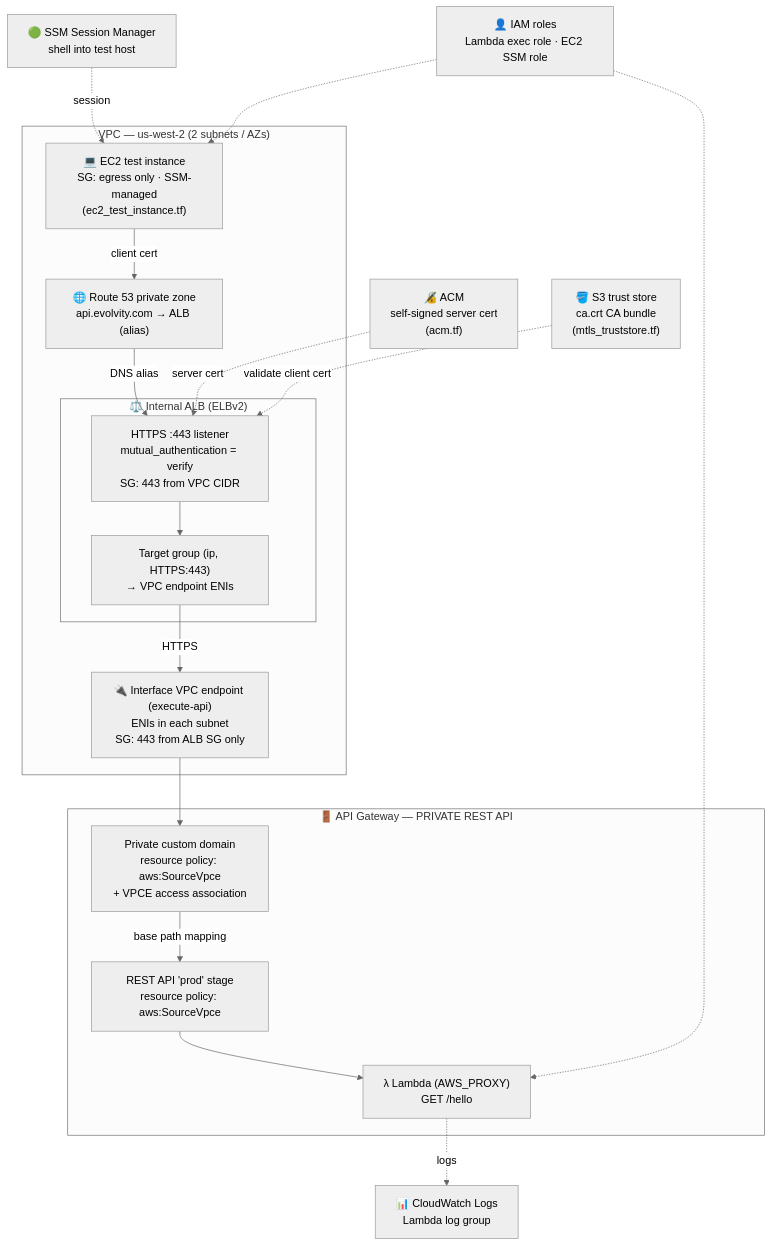
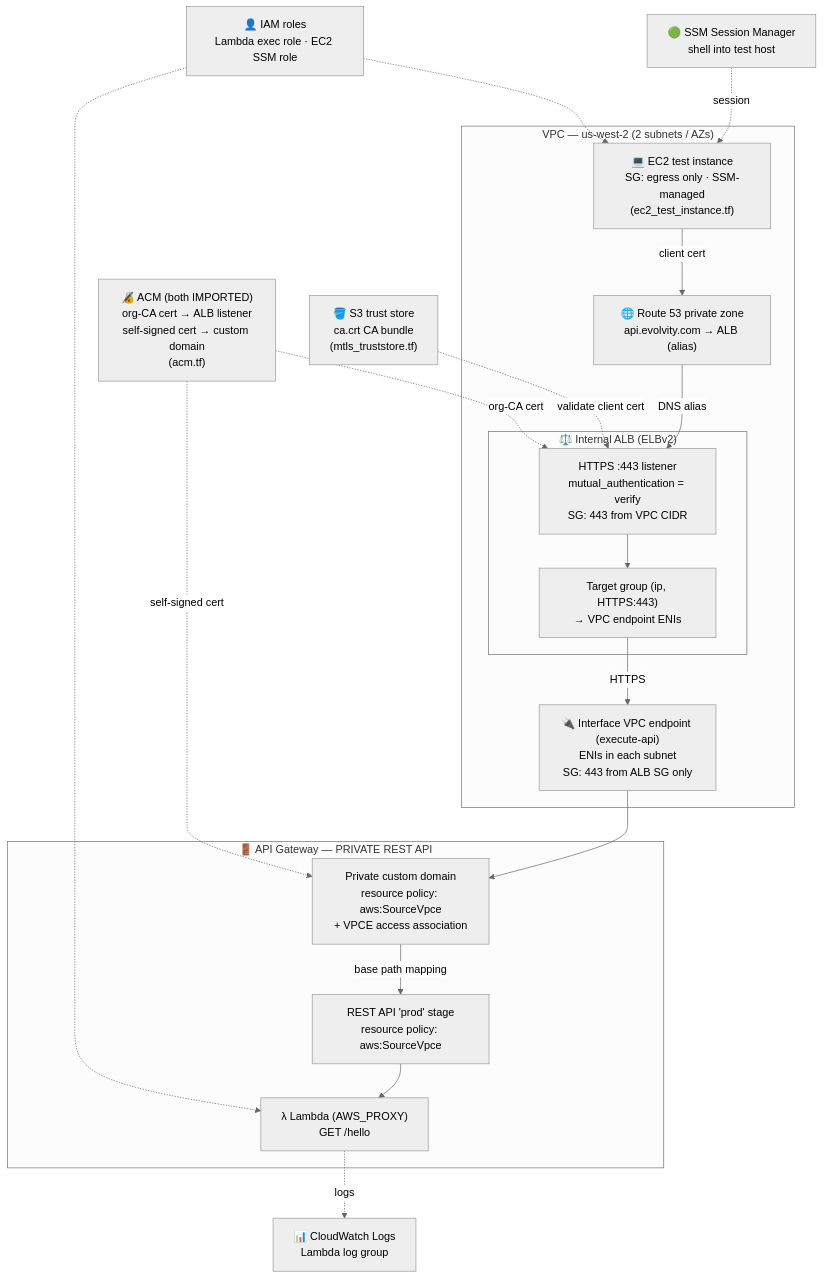
The diagram in README.md (sr0626/private-apigw), drawn with Mermaid (neutral theme) before and after one commit. The commit also changed other lines of this file and 9 other files, not shown here.

First line of the commit message:
Use imported org-PKI cert; split ALB-listener vs private-domain certs

````diff
--- a/README.md
+++ b/README.md
@@ -39,40 +45,41 @@
 ```mermaid
 flowchart TB
     %% --- Global / regional services (outside the VPC) ---
-    ACM["🔏 ACM<br/>self-signed server cert<br/>(acm.tf)"]
+    ACM["🔏 ACM (both IMPORTED)<br/>org-CA cert → ALB listener<br/>self-signed cert → custom domain<br/>(acm.tf)"]
     S3["🪣 S3 trust store<br/>ca.crt CA bundle<br/>(mtls_truststore.tf)"]
     IAM["👤 IAM roles<br/>Lambda exec role · EC2 SSM role"]
     CW["📊 CloudWatch Logs<br/>Lambda log group"]
     SSM["🟢 SSM Session Manager<br/>shell into test host"]
 
     subgraph VPC["VPC — us-west-2 (2 subnets / AZs)"]
         EC2["💻 EC2 test instance<br/>SG: egress only · SSM-managed<br/>(ec2_test_instance.tf)"]
         R53["🌐 Route 53 private zone<br/>api.evolvity.com → ALB (alias)"]
 
         subgraph ALB["⚖️ Internal ALB (ELBv2)"]
             L["HTTPS :443 listener<br/>mutual_authentication = verify<br/>SG: 443 from VPC CIDR"]
             TG["Target group (ip, HTTPS:443)<br/>→ VPC endpoint ENIs"]
         end
 
         VPCE["🔌 Interface VPC endpoint (execute-api)<br/>ENIs in each subnet<br/>SG: 443 from ALB SG only"]
     end
 
     subgraph APIGW["🚪 API Gateway — PRIVATE REST API"]
         DN["Private custom domain<br/>resource policy: aws:SourceVpce<br/>+ VPCE access association"]
         API["REST API 'prod' stage<br/>resource policy: aws:SourceVpce"]
         LAM["λ Lambda (AWS_PROXY)<br/>GET /hello"]
     end
 
     %% --- Request path ---
     EC2 -->|client cert| R53
     R53 -->|DNS alias| L
     L --> TG -->|HTTPS| VPCE --> DN -->|base path mapping| API --> LAM
 
     %% --- Trust anchors / supporting services ---
-    ACM -.->|server cert| L
+    ACM -.->|org-CA cert| L
+    ACM -.->|self-signed cert| DN
     S3 -.->|validate client cert| L
     SSM -.->|session| EC2
     IAM -.-> EC2
     IAM -.-> LAM
     LAM -.->|logs| CW
 ```
````
